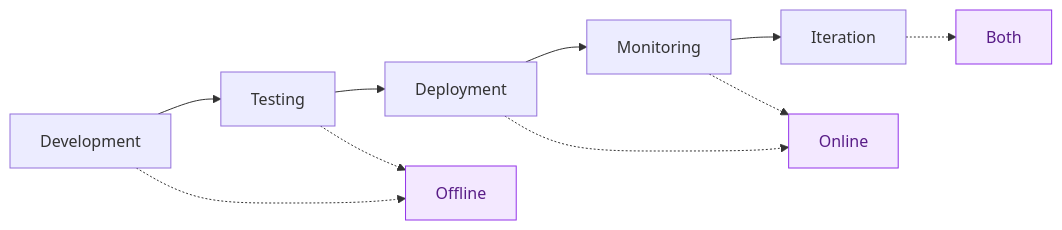
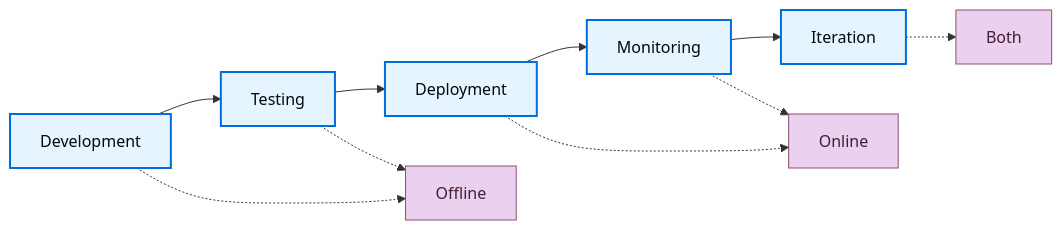
Before and after one commit to fede-kamel/docs-1: the diagram in build/langsmith/evaluation-concepts.mdx, drawn with Mermaid. The commit also changed other lines of this file and 3929 other files, not shown here.

````diff
--- a/build/langsmith/evaluation-concepts.mdx
+++ b/build/langsmith/evaluation-concepts.mdx
@@ -48,17 +48,21 @@
 ```mermaid
 graph LR
     A[Development] --> B[Testing]
     B --> C[Deployment]
     C --> D[Monitoring]
     D --> E[Iteration]
 
     A -.-> F[Offline]
     B -.-> F
     C -.-> G[Online]
     D -.-> G
     E -.-> H[Both]
 
-    style F fill:#F3E8FF,stroke:#9333EA,color:#581C87
-    style G fill:#F3E8FF,stroke:#9333EA,color:#581C87
-    style H fill:#F3E8FF,stroke:#9333EA,color:#581C87
+    classDef process fill:#E5F4FF,stroke:#006DDD,stroke-width:2px,color:#030710
+
+    class A,B,C,D,E process
+
+    style F fill:#EBD0F0,stroke:#885270,color:#441E33
+    style G fill:#EBD0F0,stroke:#885270,color:#441E33
+    style H fill:#EBD0F0,stroke:#885270,color:#441E33
 ```
````
